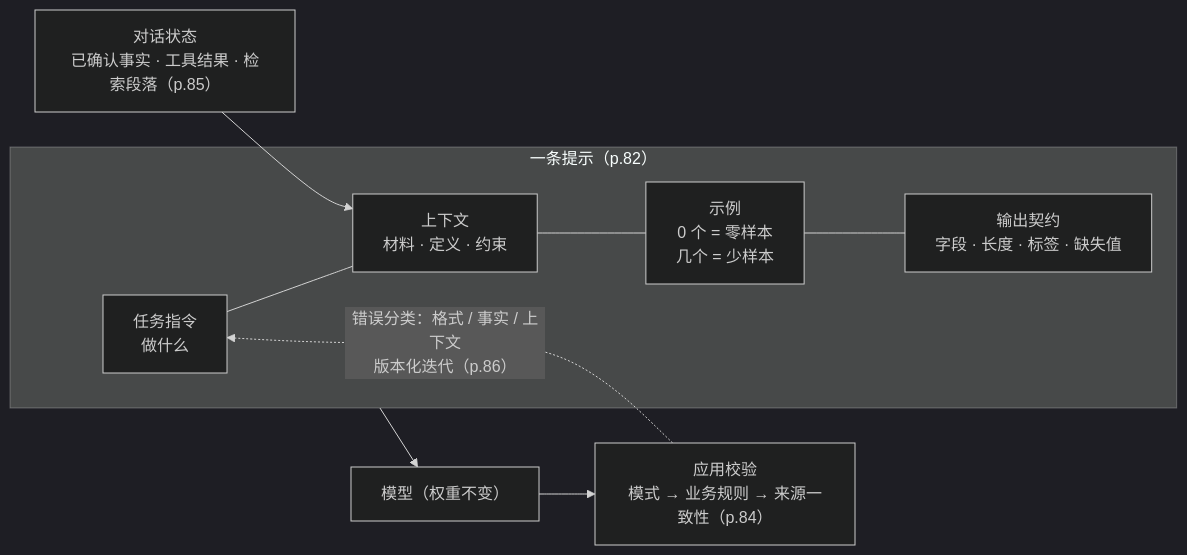
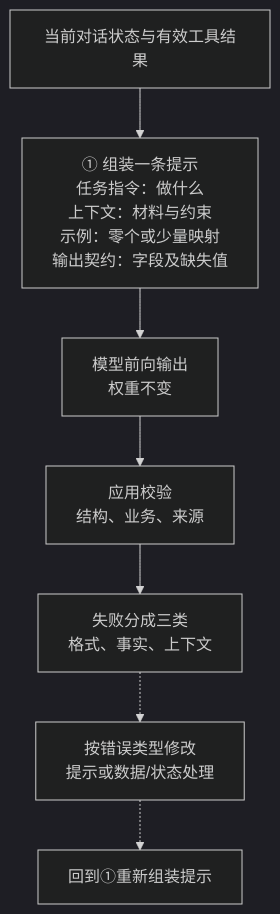
Before and after one commit to CercaTrovato/cityu-ai-course-notes: the ninth of 9 diagrams in IS5542_GenAI_in_Business/notes/M02-模型全景-基准评测与提示设计.md, drawn with Mermaid (dark theme). The commit also changed other lines of this file and 224 other files, not shown here.

First line of the commit message:
完善五门课图文可读性并更新仓库首页

````diff
--- a/IS5542_GenAI_in_Business/notes/M02-模型全景-基准评测与提示设计.md
+++ b/IS5542_GenAI_in_Business/notes/M02-模型全景-基准评测与提示设计.md
@@ -2080,10 +4092,9 @@
 ```mermaid
-flowchart LR
-    subgraph 提示["一条提示（p.82）"]
-        T1["任务指令<br>做什么"] --- T2["上下文<br>材料 · 定义 · 约束"] --- T3["示例<br>0 个 = 零样本<br>几个 = 少样本"] --- T4["输出契约<br>字段 · 长度 · 标签 · 缺失值"]
-    end
-    提示 --> M["模型（权重不变）"]
-    M --> V["应用校验<br>模式 → 业务规则 → 来源一致性（p.84）"]
-    S["对话状态<br>已确认事实 · 工具结果 · 检索段落（p.85）"] --> T2
-    V -.->|"错误分类：格式 / 事实 / 上下文<br>版本化迭代（p.86）"| T1
+flowchart TD
+ S["当前对话状态与有效工具结果"] --> P["① 组装一条提示<br/>任务指令：做什么<br/>上下文：材料与约束<br/>示例：零个或少量映射<br/>输出契约：字段及缺失值"]
+ P --> M["模型前向输出<br/>权重不变"]
+ M --> V["应用校验<br/>结构、业务、来源"]
+ V --> ERR["失败分成三类<br/>格式、事实、上下文"]
+ ERR -.-> REV["按错误类型修改<br/>提示或数据/状态处理"]
+ REV -.-> BACK["回到①重新组装提示"]
 ```
````
